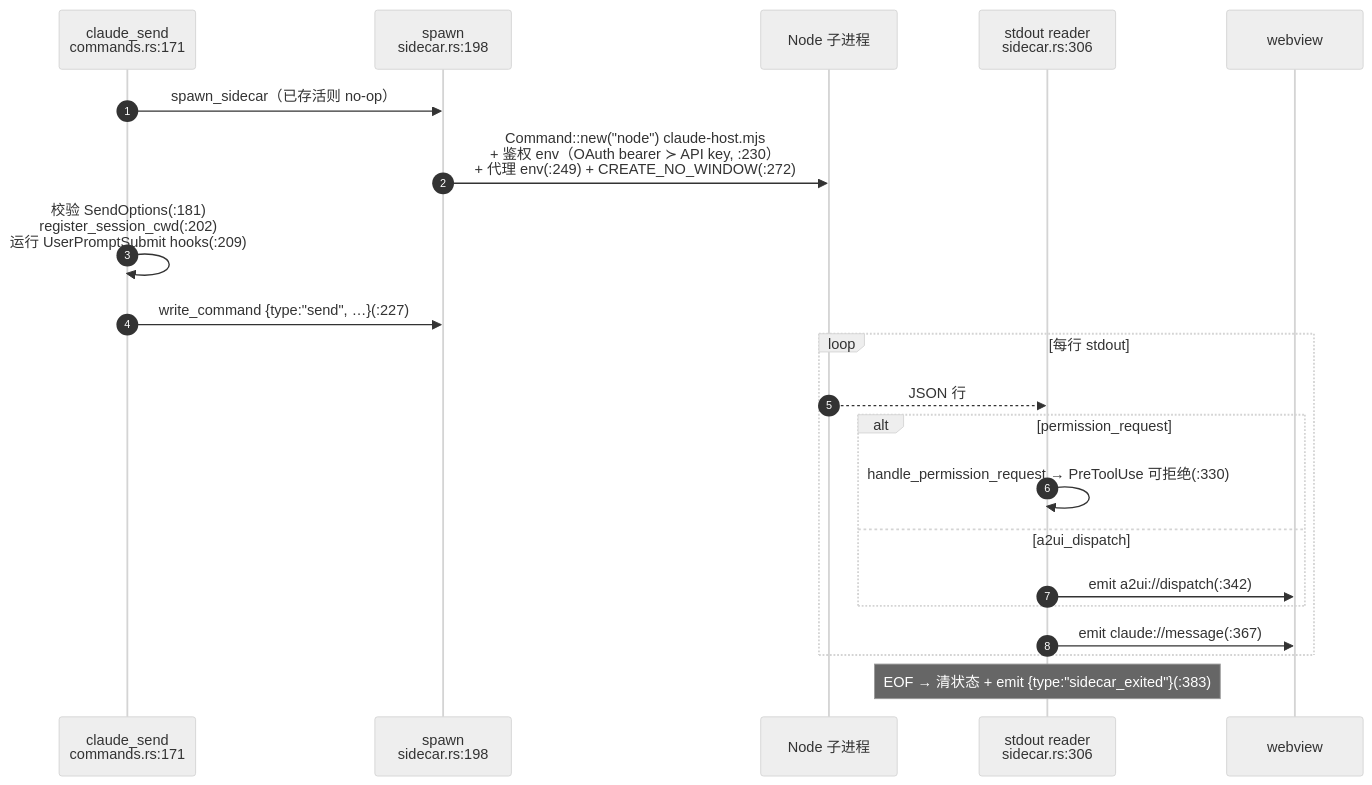
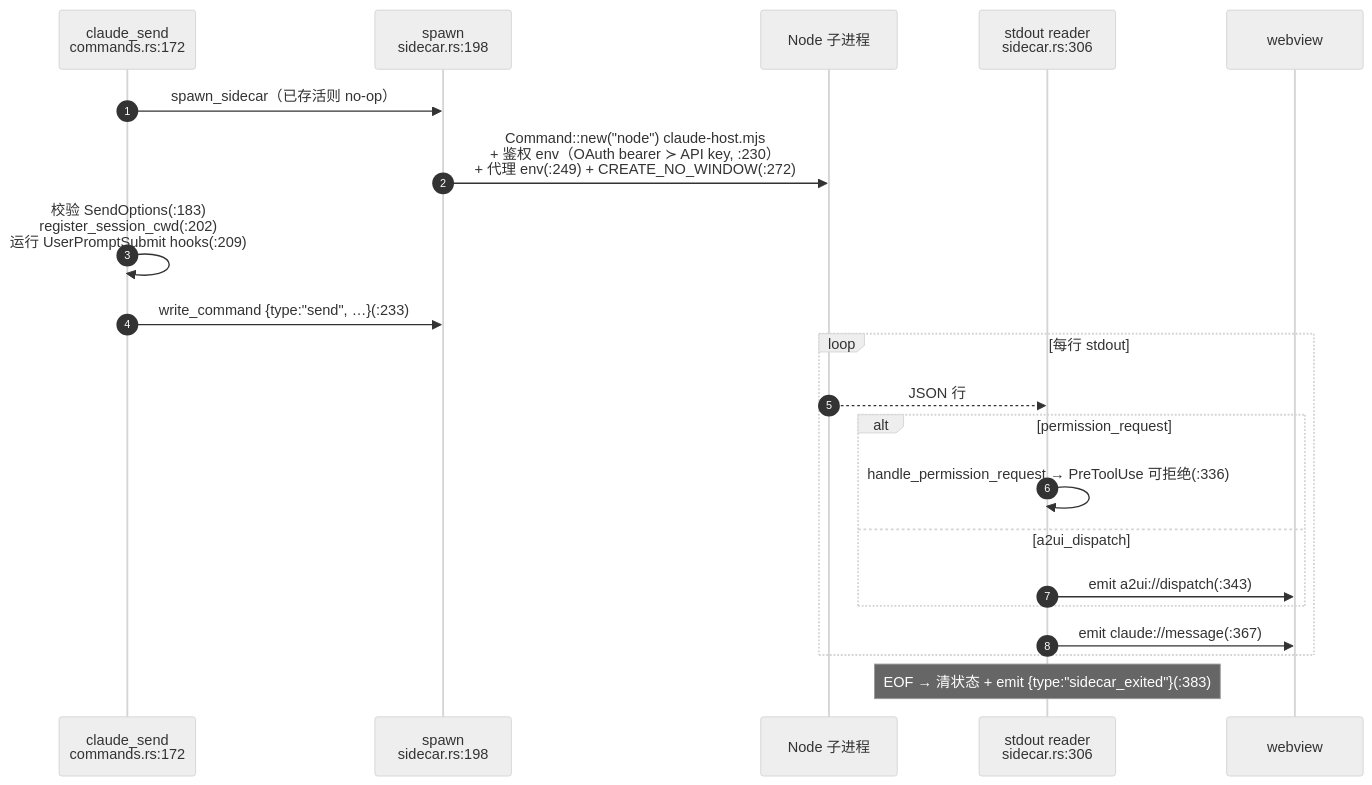
Before and after one commit to MaxQian888/cognia-next: the second of 3 diagrams in docs/content/docs/zh/chat/built-in-agent/runtime-loop.mdx, drawn with Mermaid (neutral theme). The commit also changed other lines of this file and 17 other files, not shown here.

````diff
--- a/docs/content/docs/zh/chat/built-in-agent/runtime-loop.mdx
+++ b/docs/content/docs/zh/chat/built-in-agent/runtime-loop.mdx
@@ -95,24 +95,24 @@
 ```mermaid
 sequenceDiagram
   autonumber
-  participant CMD as claude_send<br/>commands.rs:171
+  participant CMD as claude_send<br/>commands.rs:172
   participant SP as spawn<br/>sidecar.rs:198
   participant CH as Node 子进程
   participant RD as stdout reader<br/>sidecar.rs:306
   participant FE as webview
 
   CMD->>SP: spawn_sidecar（已存活则 no-op）
   SP->>CH: Command::new("node") claude-host.mjs<br/>+ 鉴权 env（OAuth bearer ≻ API key, :230）<br/>+ 代理 env(:249) + CREATE_NO_WINDOW(:272)
-  CMD->>CMD: 校验 SendOptions(:181)<br/>register_session_cwd(:202)<br/>运行 UserPromptSubmit hooks(:209)
-  CMD->>SP: write_command {type:"send", …}(:227)
+  CMD->>CMD: 校验 SendOptions(:183)<br/>register_session_cwd(:202)<br/>运行 UserPromptSubmit hooks(:209)
+  CMD->>SP: write_command {type:"send", …}(:233)
   loop 每行 stdout
     CH-->>RD: JSON 行
     alt permission_request
-      RD->>RD: handle_permission_request → PreToolUse 可拒绝(:330)
+      RD->>RD: handle_permission_request → PreToolUse 可拒绝(:336)
     else a2ui_dispatch
-      RD->>FE: emit a2ui://dispatch(:342)
+      RD->>FE: emit a2ui://dispatch(:343)
     end
     RD->>FE: emit claude://message(:367)
   end
   Note over RD: EOF → 清状态 + emit {type:"sidecar_exited"}(:383)
 ```
````
